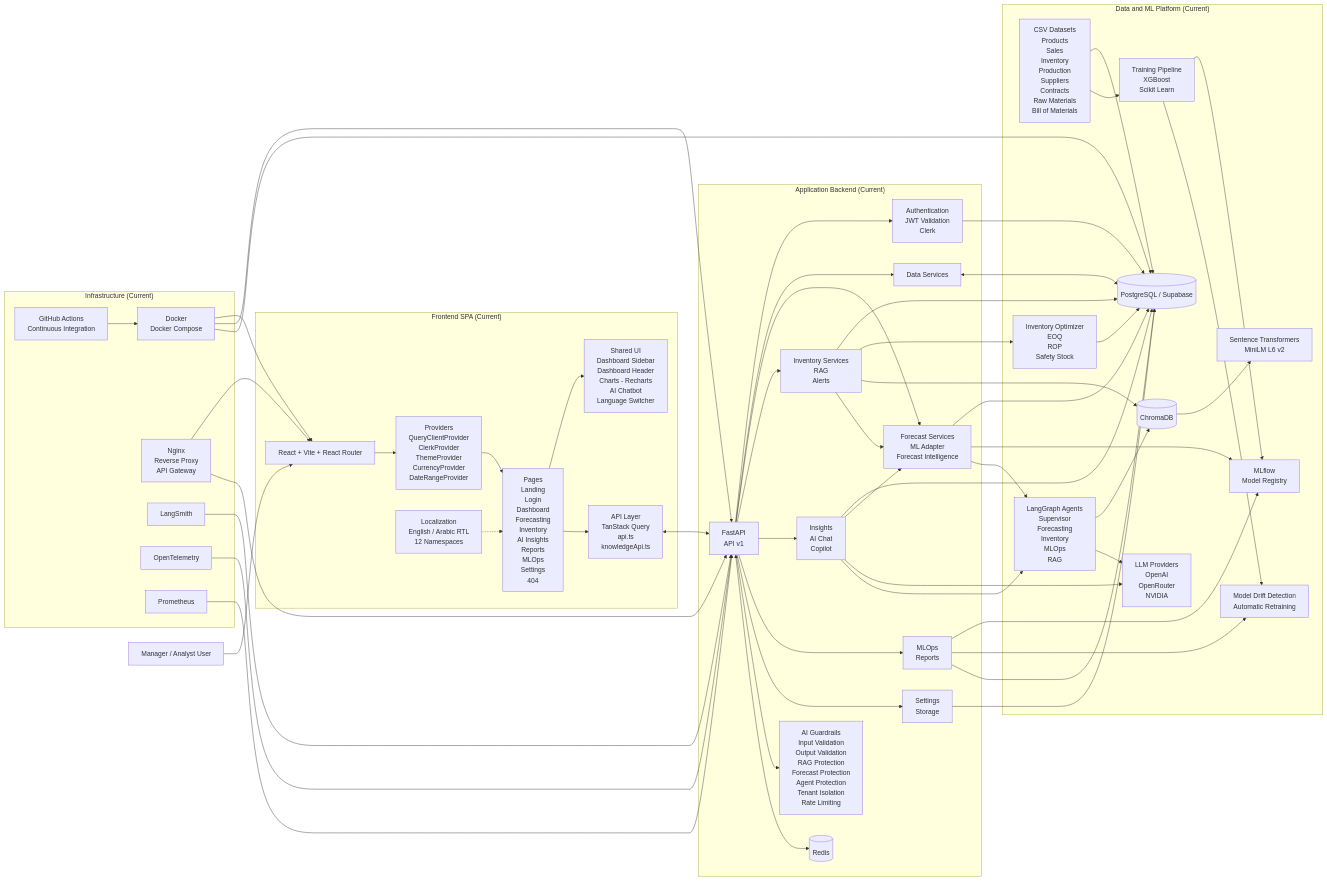
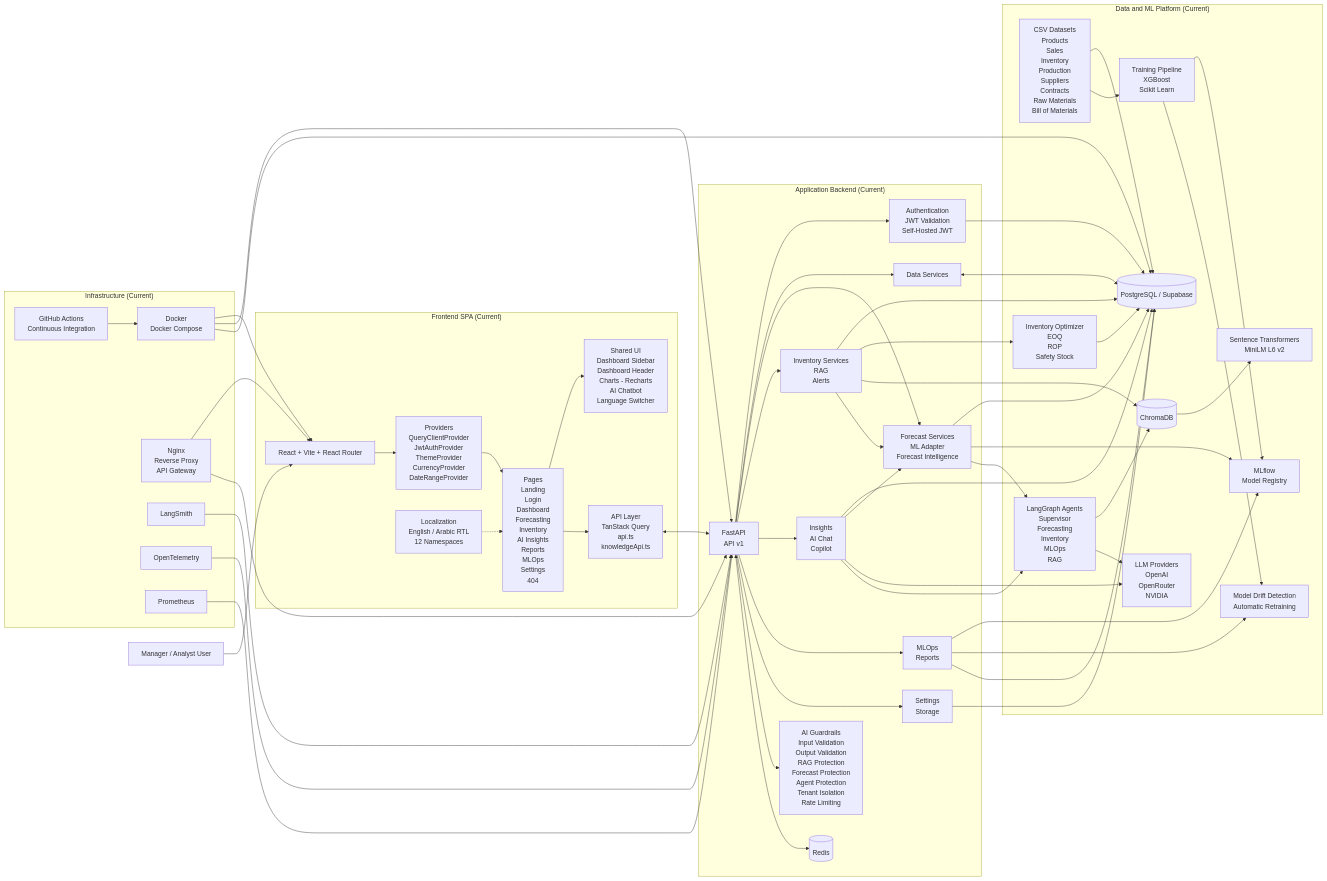
The first of 3 diagrams in architecture-diagrams.md (IbrahimAbdelsattar/SupplyMindAI), drawn with Mermaid before and after one commit. The commit also changed other lines of this file and 89 other files, not shown here.

Commit message:
feat: implement multi-agent copilot graph and system prompt for Egyptian Arabic interface support

```diff
--- a/architecture-diagrams.md
+++ b/architecture-diagrams.md
@@ -20,7 +20,7 @@
 
     subgraph FE["Frontend SPA (Current)"]
         app["React + Vite + React Router"]
-        providers["Providers<br/>QueryClientProvider<br/>ClerkProvider<br/>ThemeProvider<br/>CurrencyProvider<br/>DateRangeProvider"]
+        providers["Providers<br/>QueryClientProvider<br/>JwtAuthProvider<br/>ThemeProvider<br/>CurrencyProvider<br/>DateRangeProvider"]
         pages["Pages<br/>Landing<br/>Login<br/>Dashboard<br/>Forecasting<br/>Inventory<br/>AI Insights<br/>Reports<br/>MLOps<br/>Settings<br/>404"]
         shared["Shared UI<br/>Dashboard Sidebar<br/>Dashboard Header<br/>Charts - Recharts<br/>AI Chatbot<br/>Language Switcher"]
         i18n["Localization<br/>English / Arabic RTL<br/>12 Namespaces"]
@@ -35,7 +35,7 @@
 
     subgraph API["Application Backend (Current)"]
         gateway["FastAPI<br/>API v1"]
-        auth["Authentication<br/>JWT Validation<br/>Clerk"]
+        auth["Authentication<br/>JWT Validation<br/>Self-Hosted JWT"]
         dataSvc["Data Services"]
         forecastSvc["Forecast Services<br/>ML Adapter<br/>Forecast Intelligence"]
         inventorySvc["Inventory Services<br/>RAG<br/>Alerts"]
```
